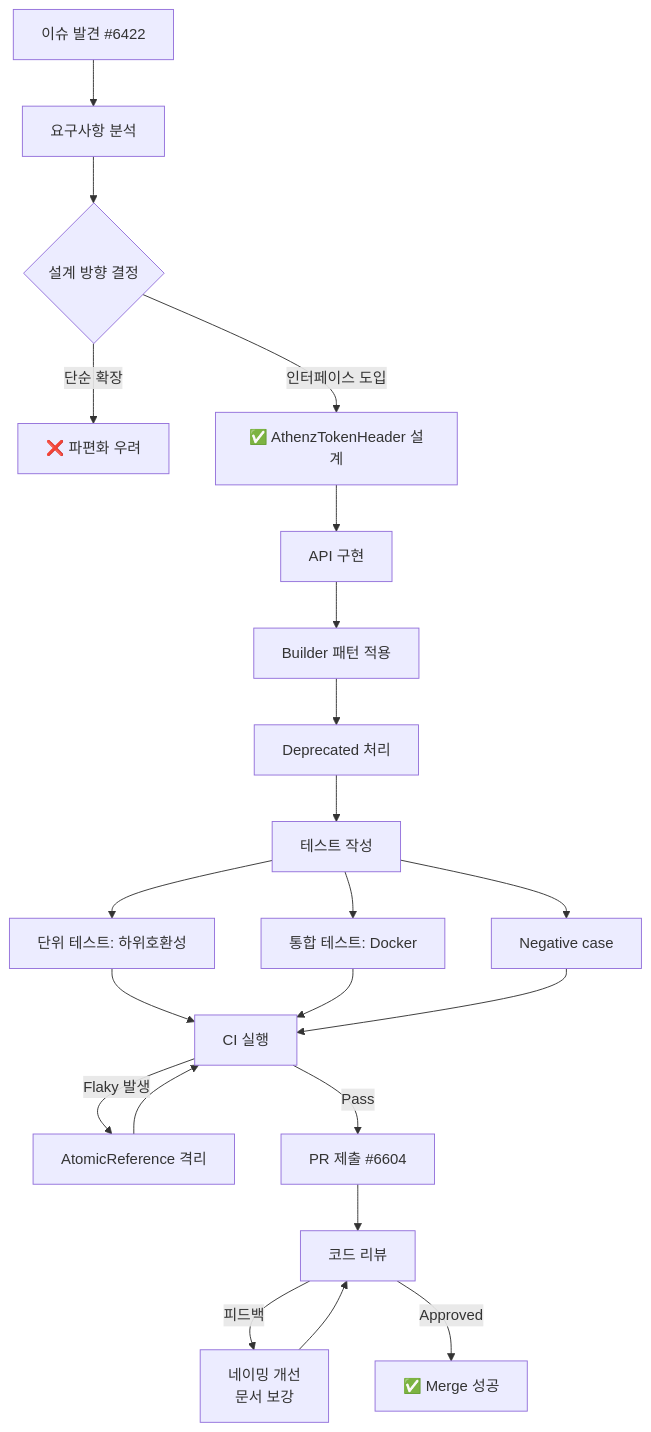
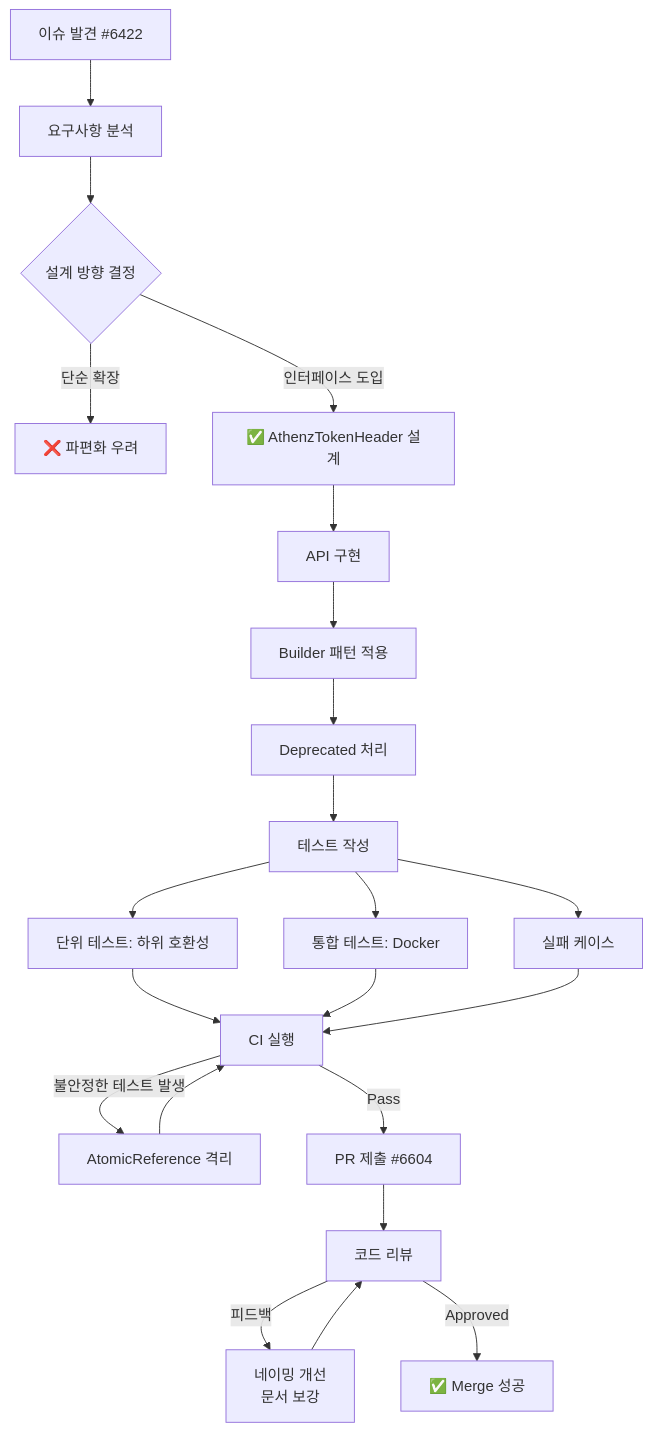
One commit to JAEKWANG97/JAEKWANG97.github.io changed the sixth of 6 diagrams in _posts/2026-03-07-line-armeria-athenz-token-header-contribution.md. Above: the diagram before and after it, drawn with Mermaid. The commit also changed other lines of this file and 10 other files, not shown here.

````diff
--- a/_posts/2026-03-07-line-armeria-athenz-token-header-contribution.md
+++ b/_posts/2026-03-07-line-armeria-athenz-token-header-contribution.md
@@ -416,30 +417,30 @@
 ```mermaid
 graph TD
     A[이슈 발견 #6422] --> B[요구사항 분석]
     B --> C{설계 방향 결정}
     C -->|단순 확장| D[❌ 파편화 우려]
     C -->|인터페이스 도입| E[✅ AthenzTokenHeader 설계]
     
     E --> F[API 구현]
     F --> G[Builder 패턴 적용]
     G --> H[Deprecated 처리]
     
     H --> I[테스트 작성]
-    I --> J[단위 테스트: 하위호환성]
+    I --> J[단위 테스트: 하위 호환성]
     I --> K[통합 테스트: Docker]
-    I --> L[Negative case]
+    I --> L[실패 케이스]
     
     J --> M[CI 실행]
     K --> M
     L --> M
     
-    M -->|Flaky 발생| N[AtomicReference 격리]
+    M -->|불안정한 테스트 발생| N[AtomicReference 격리]
     N --> M
     M -->|Pass| O[PR 제출 #6604]
     
     O --> P[코드 리뷰]
     P -->|피드백| Q[네이밍 개선<br/>문서 보강]
     Q --> P
     P -->|Approved| R[✅ Merge 성공]
     
 ```
````
